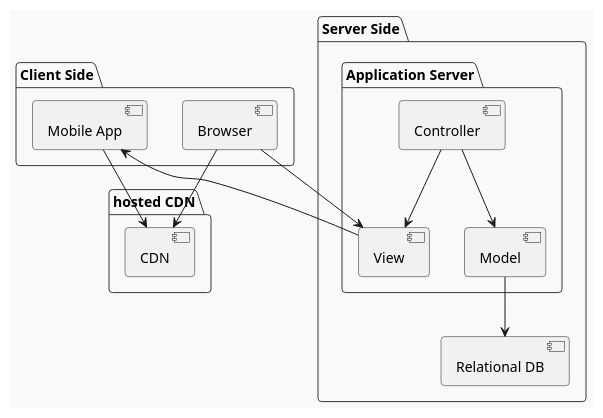
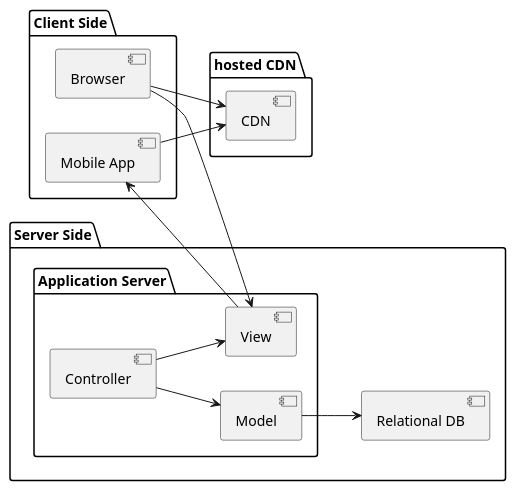
The diagram in DOCS/topLevel.plantuml (jayd719/DjangoFoodOrderingApp), drawn with PlantUML before and after one commit. The commit also changed 7 other files, not shown here.

```diff
--- a/DOCS/topLevel.plantuml
+++ b/DOCS/topLevel.plantuml
@@ -1,30 +1,30 @@
 @startuml topLevel
-!theme mars
+left to right direction
 
 package "Client Side" {
   [Browser]
   [Mobile App]
 }
 
 package "hosted CDN" {
   [CDN]
 }
 
 package "Server Side" {
   package "Application Server" {
     [Controller]
     [View]
     [Model]
   }
   [Relational DB]
 }
 
 
 [Browser] --> [CDN]
 [Mobile App] --> [CDN]
 [Browser] --> [View]
 [Mobile App] <--[View]
 [Controller] --> [View]
 [Controller] --> [Model]
 [Model] --> [Relational DB]
 @enduml
```
